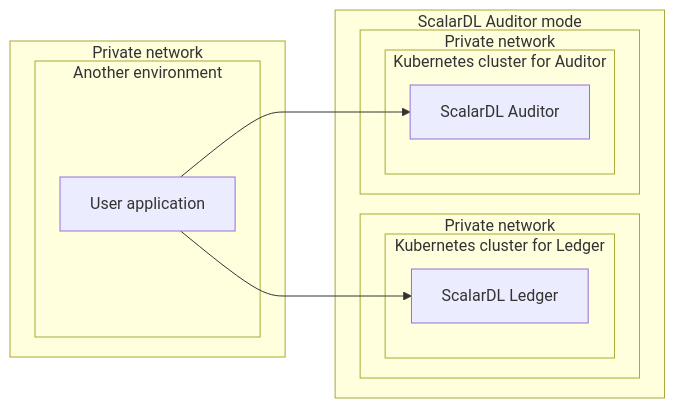
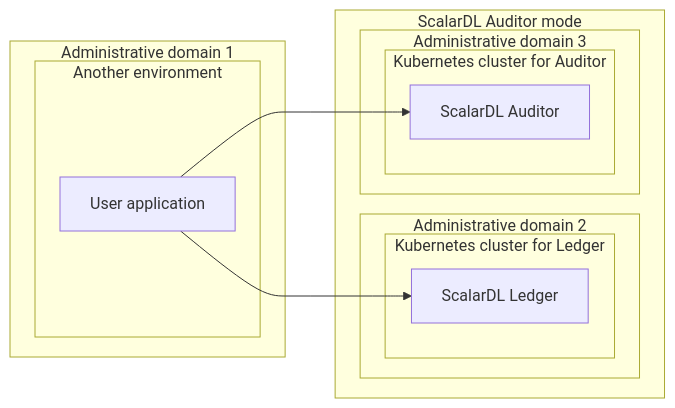
One commit to scalar-labs/scalar-kubernetes changed the fourth of 5 diagrams in docs/ProductionChecklistForScalarDLAuditor.md. Above: the diagram before and after it, drawn with Mermaid. The commit also changed other lines of this file and 1 other file, not shown here.

Commit message:
Update description about administrative domains

````diff
--- a/docs/ProductionChecklistForScalarDLAuditor.md
+++ b/docs/ProductionChecklistForScalarDLAuditor.md
@@ -132,22 +133,22 @@
 ```mermaid
 graph LR
-  subgraph "Private network"
+  subgraph "Administrative domain 1"
     subgraph "Another environment"
       A-1[User application]
     end
   end
   subgraph "ScalarDL Auditor mode"
-    subgraph "Private network"
+    subgraph "Administrative domain 2"
       subgraph "Kubernetes cluster for Ledger"
         B-1[ScalarDL Ledger]
       end
     end
-    subgraph "Private network"
+    subgraph "Administrative domain 3"
       subgraph "Kubernetes cluster for Auditor"
         C-1[ScalarDL Auditor]
       end
     end
   end
   A-1 --> B-1
   A-1 --> C-1
 ```
````
